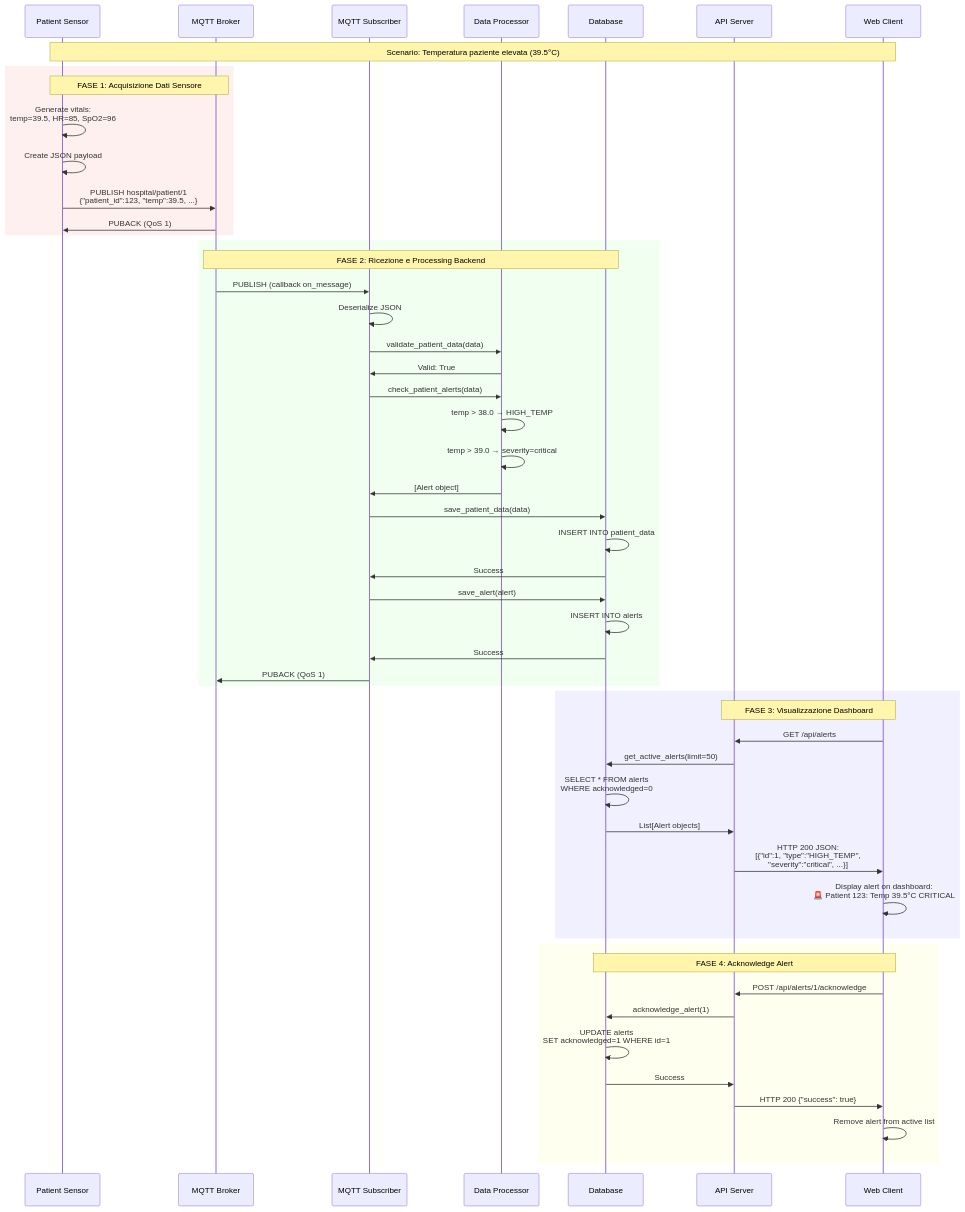
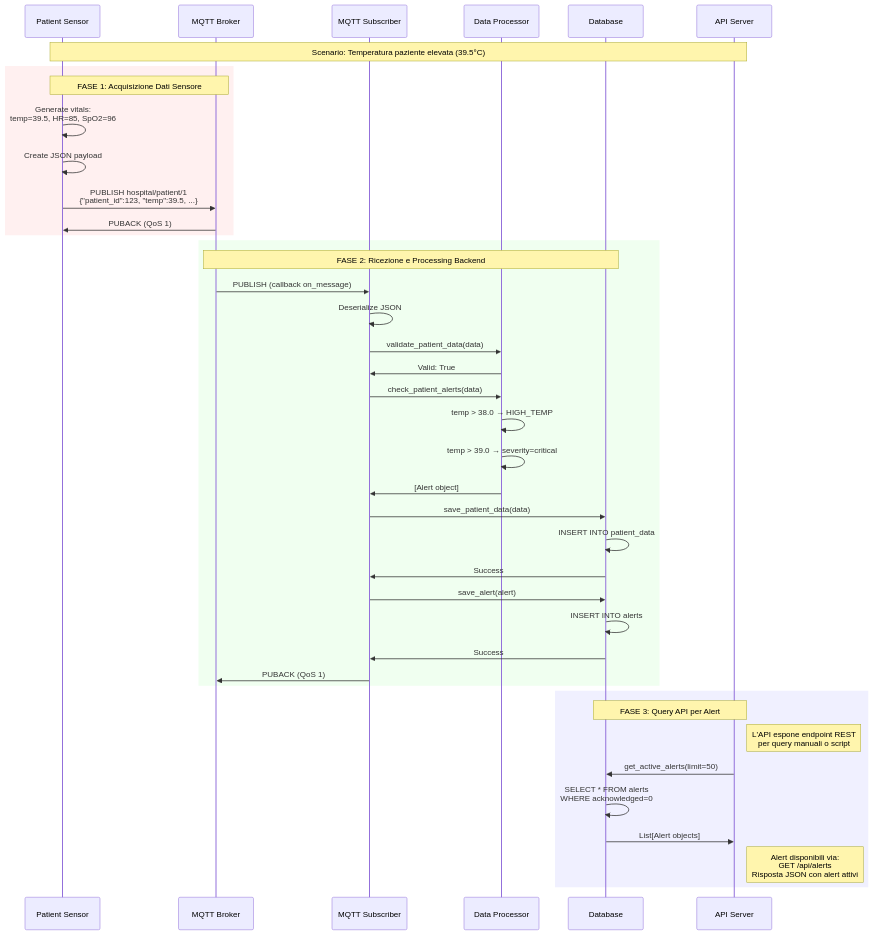
One commit to Ednajm/iot_hospital changed the tenth of 12 diagrams in readme.md. Above: the diagram before and after it, drawn with Mermaid. The commit also changed other lines of this file, not shown here.

````diff
--- a/readme.md
+++ b/readme.md
@@ -1325,64 +1305,51 @@
 ```mermaid
 sequenceDiagram
     participant PS as Patient Sensor
     participant MQTT as MQTT Broker
     participant SUB as MQTT Subscriber
     participant PROC as Data Processor
     participant DB as Database
     participant API as API Server
-    participant WEB as Web Client
     
-    Note over PS,WEB: Scenario: Temperatura paziente elevata (39.5°C)
+    Note over PS,API: Scenario: Temperatura paziente elevata (39.5°C)
     
     rect rgb(255, 240, 240)
     Note over PS,MQTT: FASE 1: Acquisizione Dati Sensore
     PS->>PS: Generate vitals:<br/>temp=39.5, HR=85, SpO2=96
     PS->>PS: Create JSON payload
     PS->>MQTT: PUBLISH hospital/patient/1<br/>{"patient_id":123, "temp":39.5, ...}
     MQTT->>PS: PUBACK (QoS 1)
     end
     
     rect rgb(240, 255, 240)
     Note over MQTT,DB: FASE 2: Ricezione e Processing Backend
     MQTT->>SUB: PUBLISH (callback on_message)
     SUB->>SUB: Deserialize JSON
     SUB->>PROC: validate_patient_data(data)
     PROC->>SUB: Valid: True
     
     SUB->>PROC: check_patient_alerts(data)
     PROC->>PROC: temp > 38.0 → HIGH_TEMP
     PROC->>PROC: temp > 39.0 → severity=critical
     PROC->>SUB: [Alert object]
     
     SUB->>DB: save_patient_data(data)
     DB->>DB: INSERT INTO patient_data
     DB->>SUB: Success
     
     SUB->>DB: save_alert(alert)
     DB->>DB: INSERT INTO alerts
     DB->>SUB: Success
     
     SUB->>MQTT: PUBACK (QoS 1)
     end
     
     rect rgb(240, 240, 255)
-    Note over API,WEB: FASE 3: Visualizzazione Dashboard
-    WEB->>API: GET /api/alerts
+    Note over API,DB: FASE 3: Query API per Alert
+    Note right of API: L'API espone endpoint REST<br/>per query manuali o script
     API->>DB: get_active_alerts(limit=50)
     DB->>DB: SELECT * FROM alerts<br/>WHERE acknowledged=0
     DB->>API: List[Alert objects]
-    API->>WEB: HTTP 200 JSON:<br/>[{"id":1, "type":"HIGH_TEMP",<br/>"severity":"critical", ...}]
-    
-    WEB->>WEB: Display alert on dashboard:<br/>🚨 Patient 123: Temp 39.5°C CRITICAL
-    end
-    
-    rect rgb(255, 255, 240)
-    Note over WEB,DB: FASE 4: Acknowledge Alert
-    WEB->>API: POST /api/alerts/1/acknowledge
-    API->>DB: acknowledge_alert(1)
-    DB->>DB: UPDATE alerts<br/>SET acknowledged=1 WHERE id=1
-    DB->>API: Success
-    API->>WEB: HTTP 200 {"success": true}
-    WEB->>WEB: Remove alert from active list
+    Note right of API: Alert disponibili via:<br/>GET /api/alerts<br/>Risposta JSON con alert attivi
     end
 ```
````
